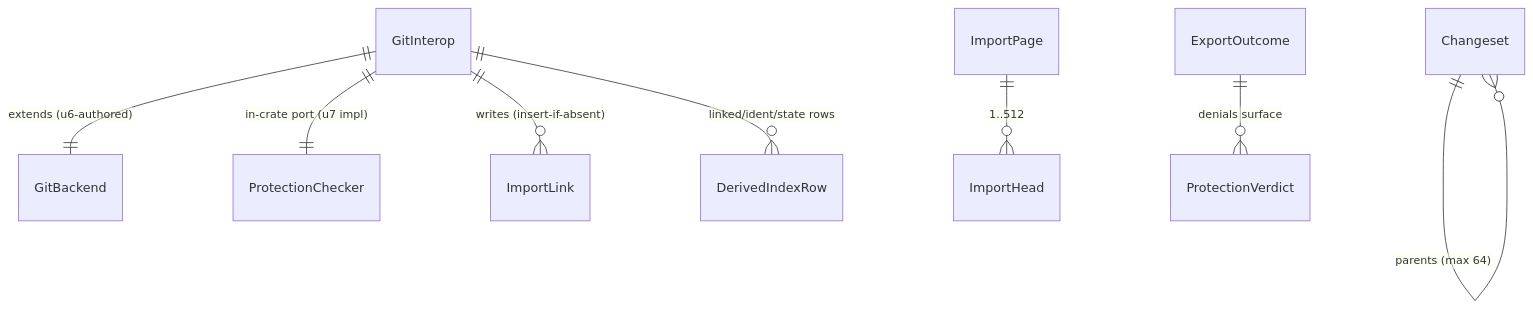
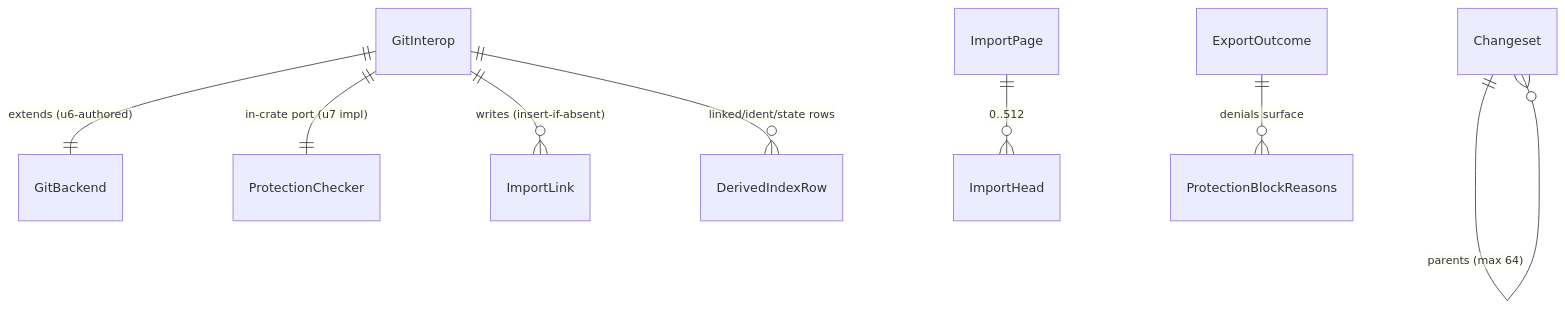
The diagram in aidlc/spaces/default/intents/261018-agentic-vcs-protocol/construction/u6-vcs-git-interop/functional-design/functional-spec.md (oxidean/oxidean), drawn with Mermaid before and after one commit. The commit also changed other lines of this file and 147 other files, not shown here.

````diff
--- a/aidlc/spaces/default/intents/261018-agentic-vcs-protocol/construction/u6-vcs-git-interop/functional-design/functional-spec.md
+++ b/aidlc/spaces/default/intents/261018-agentic-vcs-protocol/construction/u6-vcs-git-interop/functional-design/functional-spec.md
@@ -131,10 +171,10 @@
 ```mermaid
 erDiagram
     GitInterop ||--|| GitBackend : "extends (u6-authored)"
     GitInterop ||--|| ProtectionChecker : "in-crate port (u7 impl)"
     GitInterop ||--o{ ImportLink : "writes (insert-if-absent)"
     GitInterop ||--o{ DerivedIndexRow : "linked/ident/state rows"
-    ImportPage ||--o{ ImportHead : "1..512"
-    ExportOutcome ||--o{ ProtectionVerdict : "denials surface"
+    ImportPage ||--o{ ImportHead : "0..512"
+    ExportOutcome ||--o{ ProtectionBlockReasons : "denials surface"
     Changeset ||--o{ Changeset : "parents (max 64)"
 ```
````
